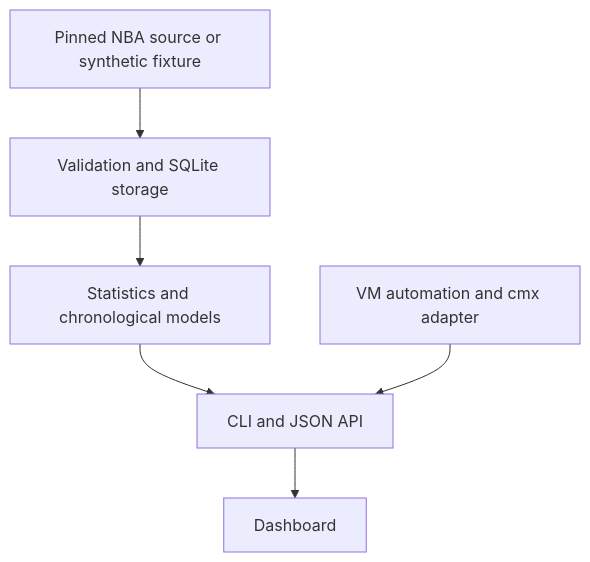
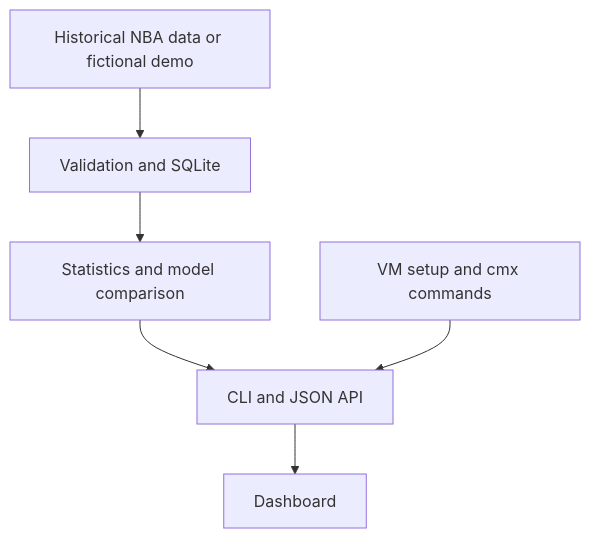
One commit to cloudmesh-ai-luc/sugwu123 changed the diagram in project.md. Above: the diagram before and after it, drawn with Mermaid. The commit also changed other lines of this file, not shown here.

````diff
--- a/project.md
+++ b/project.md
@@ -25,8 +29,8 @@
 ```mermaid
 flowchart TD
-    D["Pinned NBA source or synthetic fixture"] --> S["Validation and SQLite storage"]
-    S --> A["Statistics and chronological models"]
+    D["Historical NBA data or fictional demo"] --> S["Validation and SQLite"]
+    S --> A["Statistics and model comparison"]
     A --> C["CLI and JSON API"]
     C --> W["Dashboard"]
-    V["VM automation and cmx adapter"] --> C
+    V["VM setup and cmx commands"] --> C
 ```
````
